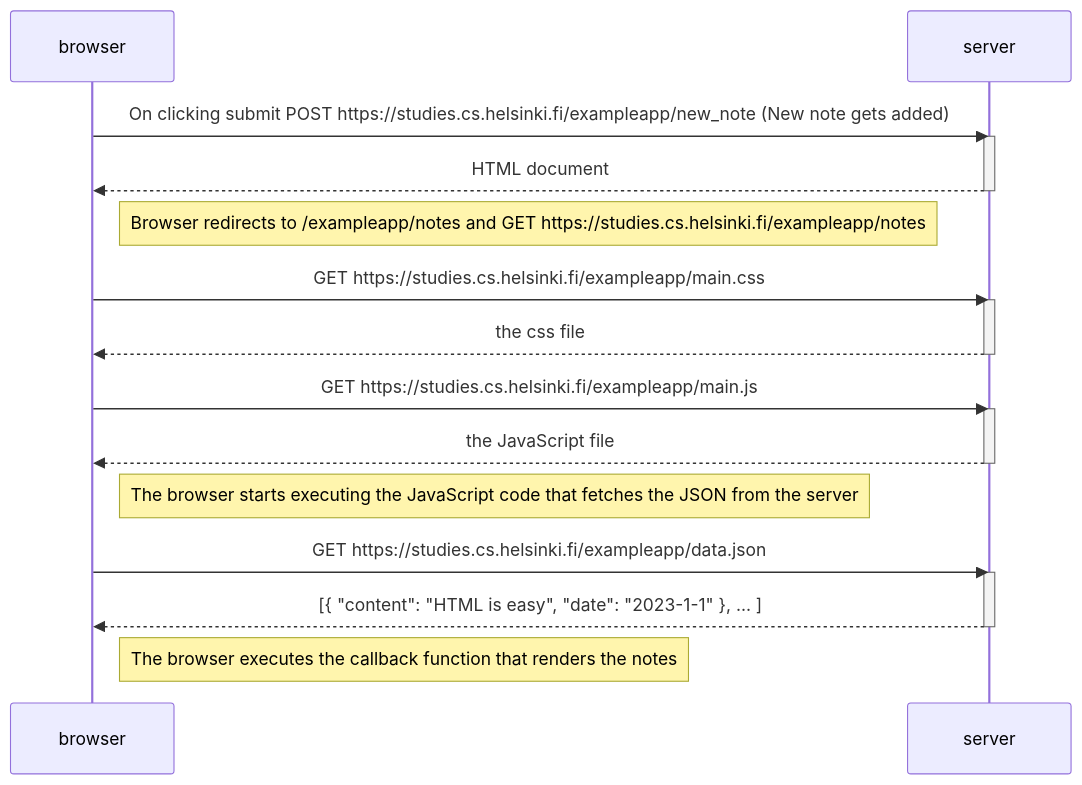
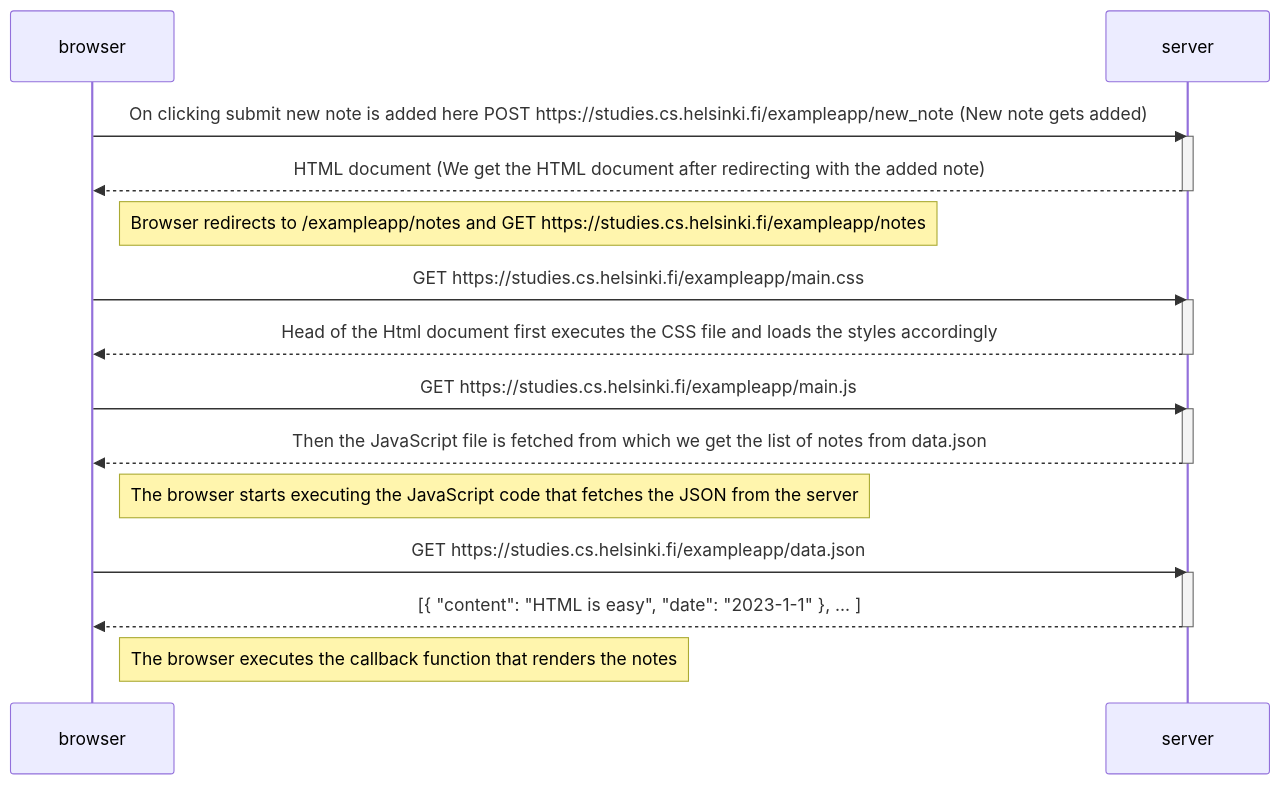
The diagram in README.md (dhirajlaha/Full-Stack-Open), drawn with Mermaid before and after one commit.

Commit message:
Changes in the action of events for fetching a new note

````diff
--- a/README.md
+++ b/README.md
@@ -1,32 +1,32 @@
 ```mermaid
 sequenceDiagram
     participant browser
     participant server
 
-    browser ->>server : On clicking submit POST https://studies.cs.helsinki.fi/exampleapp/new_note (New note gets added)
+    browser ->>server : On clicking submit new note is added here POST https://studies.cs.helsinki.fi/exampleapp/new_note (New note gets added)
     activate server
-    server -->> browser: HTML document
+    server -->> browser: HTML document (We get the HTML document after redirecting with the added note)
     deactivate server
 
     Note right of browser:  Browser redirects to /exampleapp/notes and GET https://studies.cs.helsinki.fi/exampleapp/notes
 
     browser->>server: GET https://studies.cs.helsinki.fi/exampleapp/main.css
     activate server
-    server-->>browser: the css file
+    server-->>browser: Head of the Html document first executes the CSS file and loads the styles accordingly
     deactivate server
 
     browser->>server: GET https://studies.cs.helsinki.fi/exampleapp/main.js
     activate server
-    server-->>browser: the JavaScript file
+    server-->>browser: Then the JavaScript file is fetched from which we get the list of notes from data.json
     deactivate server
 
     Note right of browser: The browser starts executing the JavaScript code that fetches the JSON from the server
 
     browser->>server: GET https://studies.cs.helsinki.fi/exampleapp/data.json
     activate server
     server-->>browser: [{ "content": "HTML is easy", "date": "2023-1-1" }, ... ]
     deactivate server
 
     Note right of browser: The browser executes the callback function that renders the notes
 
 ```
````
